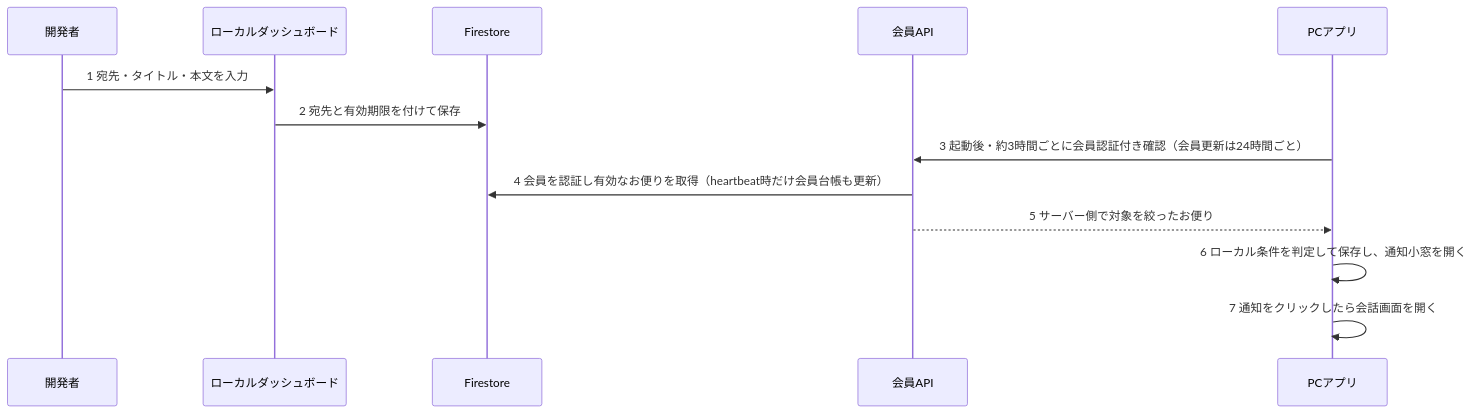
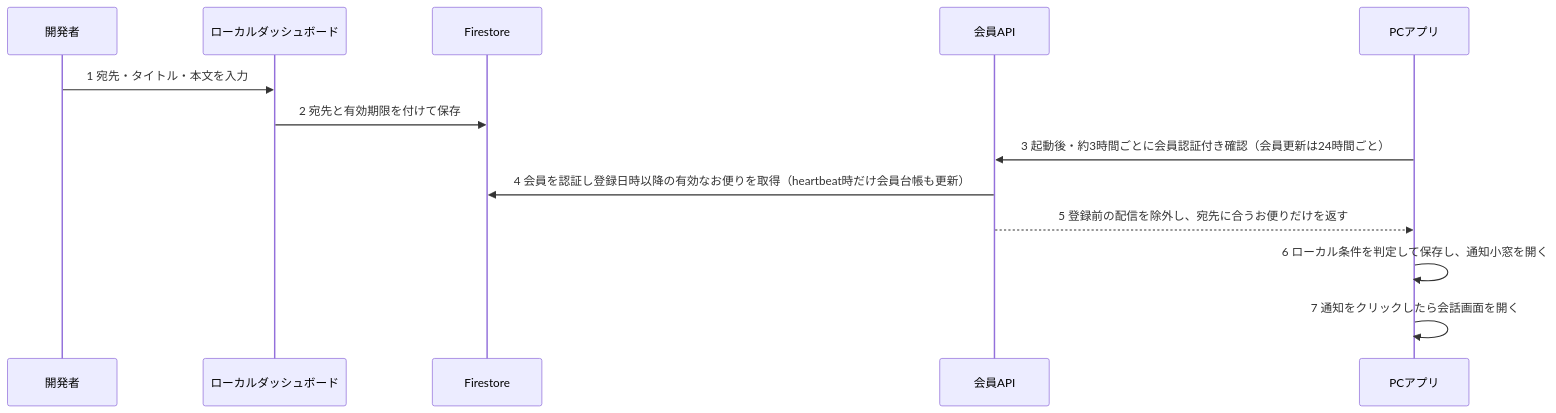
The fifth of 5 diagrams in docs-v2/009_MEMBERSHIP.md (ore-no-fusen/ore-no-fusen), drawn with Mermaid before and after one commit. The commit also changed other lines of this file and 7 other files, not shown here.

````diff
--- a/docs-v2/009_MEMBERSHIP.md
+++ b/docs-v2/009_MEMBERSHIP.md
@@ -168,15 +172,15 @@
 ```mermaid
 sequenceDiagram
     participant Dev as 開発者
     participant Dash as ローカルダッシュボード
     participant DB as Firestore
     participant API as 会員API
     participant PC as PCアプリ
     Dev->>Dash: 1 宛先・タイトル・本文を入力
     Dash->>DB: 2 宛先と有効期限を付けて保存
     PC->>API: 3 起動後・約3時間ごとに会員認証付き確認（会員更新は24時間ごと）
-    API->>DB: 4 会員を認証し有効なお便りを取得（heartbeat時だけ会員台帳も更新）
-    API-->>PC: 5 サーバー側で対象を絞ったお便り
+    API->>DB: 4 会員を認証し登録日時以降の有効なお便りを取得（heartbeat時だけ会員台帳も更新）
+    API-->>PC: 5 登録前の配信を除外し、宛先に合うお便りだけを返す
     PC->>PC: 6 ローカル条件を判定して保存し、通知小窓を開く
     PC->>PC: 7 通知をクリックしたら会話画面を開く
 ```
````
